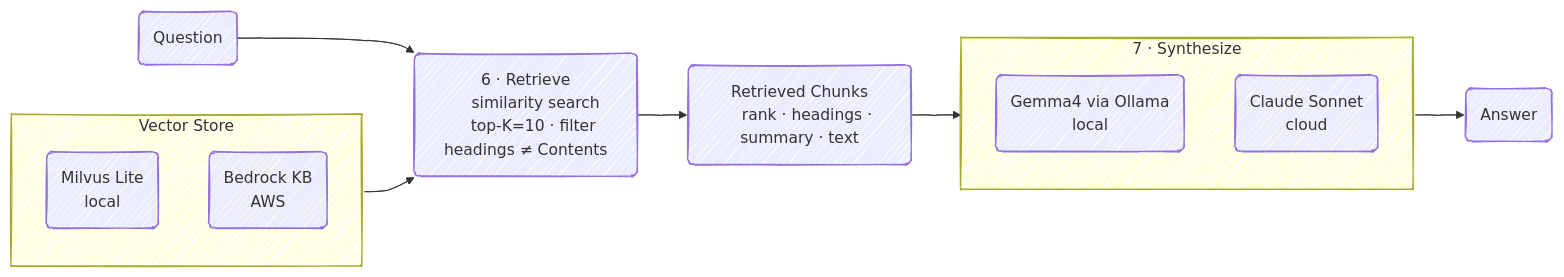
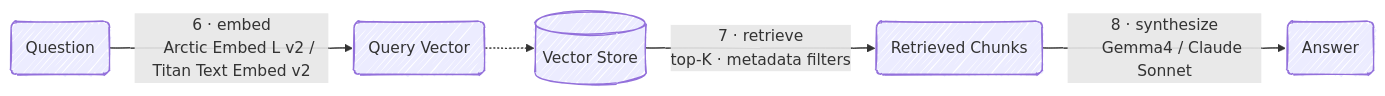
The third of 3 diagrams in README.md (ryq99/search-anything), drawn with Mermaid before and after one commit. The commit also changed other lines of this file and 4 other files, not shown here.

````diff
--- a/README.md
+++ b/README.md
@@ -121,34 +75,17 @@
 ```mermaid
 %%{init: {'look': 'handDrawn'}}%%
 flowchart LR
     Q("Question")
-
-    R("6 · Retrieve
-    similarity search
-    top-K=10 · filter headings ≠ Contents")
-
-    subgraph VS["Vector Store"]
-        direction TB
-        V1("Milvus Lite
-        local")
-        V2("Bedrock KB
-        AWS")
-    end
-
-    F("Retrieved Chunks
-    rank · headings · summary · text")
-
-    subgraph SYN["7 · Synthesize"]
-        direction TB
-        Y1("Gemma4 via Ollama
-        local")
-        Y2("Claude Sonnet
-        cloud")
-    end
-
+    QV("Query Vector")
+    VS[("Vector Store")]
+    R("Retrieved Chunks")
     ANS("Answer")
 
-    Q --> R
-    VS --> R
-    R --> F --> SYN --> ANS
+    Q -- "6 · embed
+    Arctic Embed L v2 / Titan Text Embed v2" --> QV
+    QV -.-> VS
+    VS -- "7 · retrieve
+    top-K · metadata filters" --> R
+    R -- "8 · synthesize
+    Gemma4 / Claude Sonnet" --> ANS
 ```
````
